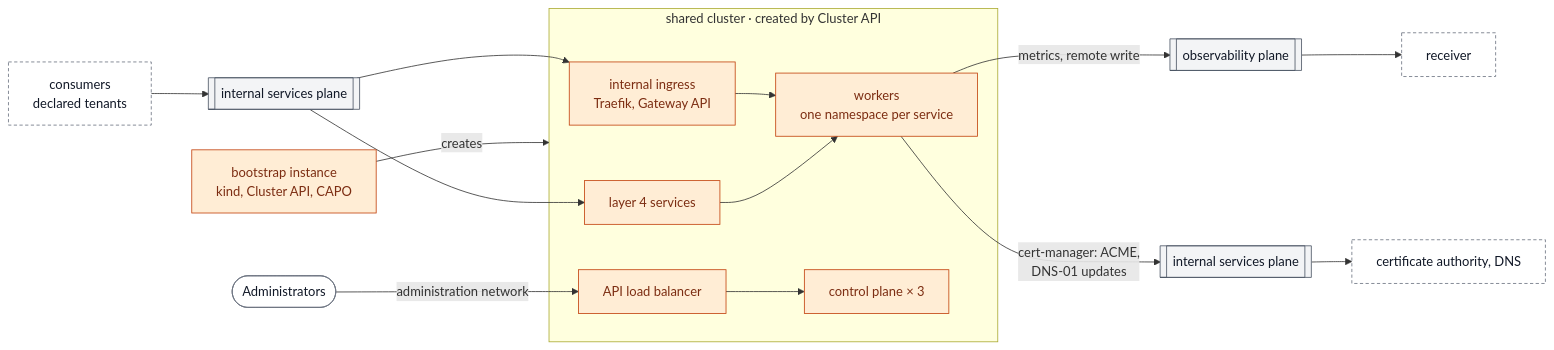
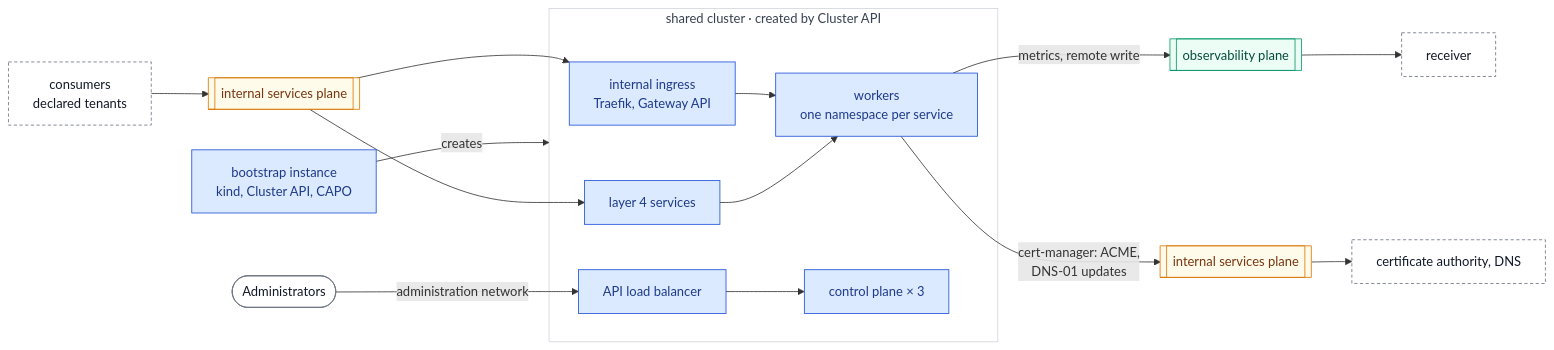
Before and after one commit to CyprisTech/openstack-multitenant-reference: the diagram in stacks/shared/kubernetes/README.md, drawn with Mermaid. The commit also changed other lines of this file and 17 other files, not shown here.

First line of the commit message:
Diagrams: tenants by exposure, one palette by role, compact diagrams

````diff
--- a/stacks/shared/kubernetes/README.md
+++ b/stacks/shared/kubernetes/README.md
@@ -15,26 +15,30 @@
 ```mermaid
 flowchart LR
     CT["consumers<br/>declared tenants"] --> INI[["internal services plane"]]
     subgraph CL["shared cluster · created by Cluster API"]
         IE["internal ingress<br/>Traefik, Gateway API"] --> WK["workers<br/>one namespace per service"]
         L4["layer 4 services"] --> WK
         API["API load balancer"] --> CP["control plane × 3"]
     end
     INI --> IE
     INI --> L4
     WK -->|"metrics, remote write"| MON[["observability plane"]]
     MON --> RCV["receiver"]
     WK -->|"cert-manager: ACME,<br/>DNS-01 updates"| INT[["internal services plane"]]
     INT --> SVC["certificate authority, DNS"]
     ADM(["Administrators"]) -->|"administration network"| API
     BS["bootstrap instance<br/>kind, Cluster API, CAPO"] -->|"creates"| CL
 
-    classDef plane fill:#f3f4f6,stroke:#4b5563,color:#111827
-    classDef tenant fill:#ffedd5,stroke:#c2410c,color:#7c2d12
+    classDef int fill:#fffbeb,stroke:#d97706,color:#78350f
+    classDef obs fill:#ecfdf5,stroke:#059669,color:#064e3b
+    classDef shared fill:#dbeafe,stroke:#1d4ed8,color:#1e3a8a
     classDef outside fill:#ffffff,stroke:#6b7280,color:#111827
     classDef other fill:#ffffff,stroke:#6b7280,color:#111827,stroke-dasharray:4 3
-    class IE,L4,WK,API,CP,BS tenant
-    class INI,MON,INT plane
+    class IE,L4,WK,API,CP,BS shared
+    class INI,INT int
+    class MON obs
     class CT,RCV,SVC other
     class ADM outside
+    classDef group fill:#ffffff,stroke:#d1d5db,color:#374151
+    class CL group
 ```
````
